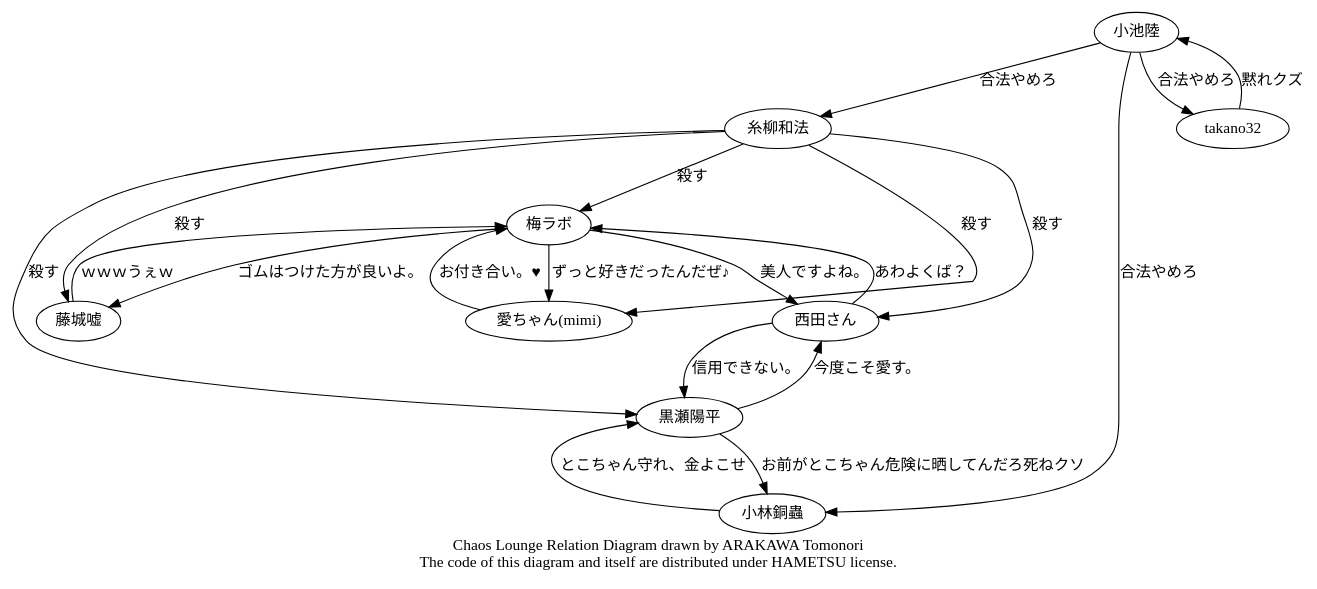
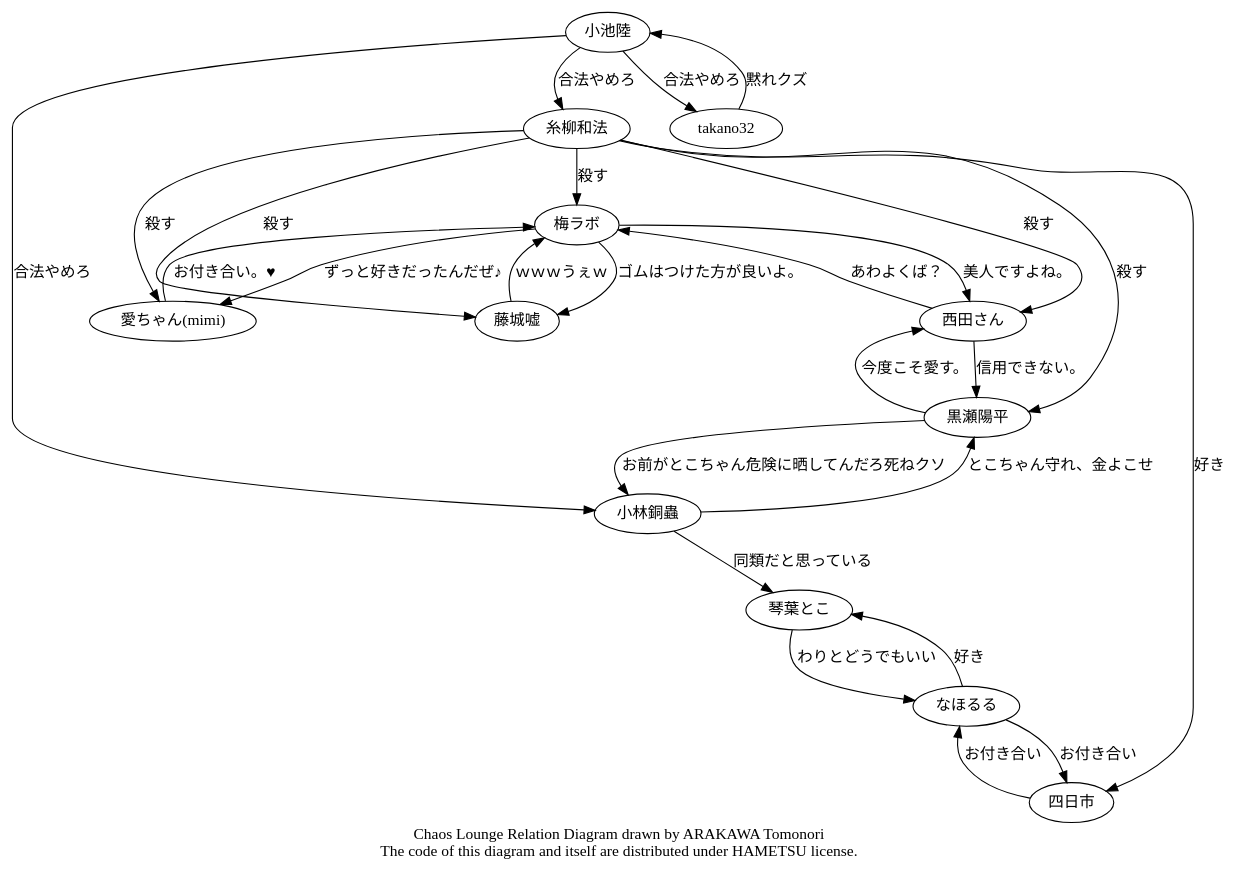
One commit to takano32/DynamicRelationGraph changed the diagram in chaos.dot. Above: the diagram before and after it, drawn with Graphviz.

```diff
--- a/chaos.dot
+++ b/chaos.dot
@@ -1,23 +1,29 @@
 digraph Chaos {
 	node [fontname="MSUIGOTHIC.ttf"];
 	梅ラボ   -> 藤城嘘   [label = "ゴムはつけた方が良いよ。"];
   梅ラボ   -> 西田さん [label = "美人ですよね。"];
   梅ラボ -> "愛ちゃん(mimi)" [label = "ずっと好きだったんだぜ♪"];
 	藤城嘘   -> 梅ラボ   [label = "ｗｗｗうぇｗ"];
 	西田さん -> 梅ラボ   [label = "あわよくば？"];
   西田さん -> 黒瀬陽平 [label = "信用できない。"];
 	黒瀬陽平 -> 西田さん [label = "今度こそ愛す。"];
 	"愛ちゃん(mimi)" -> 梅ラボ [label = "お付き合い。♥"];
   糸柳和法 -> 梅ラボ  [label = "殺す"];
 	糸柳和法 -> 藤城嘘   [label = "殺す"];
 	糸柳和法 -> 黒瀬陽平 [label = "殺す"];
 	糸柳和法 -> 西田さん [label = "殺す"];
 	糸柳和法 -> "愛ちゃん(mimi)" [label = "殺す"];
+  糸柳和法 -> 四日市 [label = "好き"];
   小池陸 -> 糸柳和法 [label = "合法やめろ"];
   小池陸 -> takano32 [label = "合法やめろ"];
   小池陸 -> 小林銅蟲 [label = "合法やめろ"];
   小林銅蟲 -> 黒瀬陽平 [label = "とこちゃん守れ、金よこせ"];
+  小林銅蟲 -> 琴葉とこ [label = "同類だと思っている"];
   黒瀬陽平 -> 小林銅蟲 [label = "お前がとこちゃん危険に晒してんだろ死ねクソ"];
   takano32 -> 小池陸 [label = "黙れクズ"];
+  なほるる -> 琴葉とこ [label = "好き"];
+  なほるる -> 四日市 [label = "お付き合い"];
+  琴葉とこ -> なほるる [label = "わりとどうでもいい"];
+  四日市 -> なほるる [label = "お付き合い"];
 	label = "Chaos Lounge Relation Diagram drawn by ARAKAWA Tomonori\nThe code of this diagram and itself are distributed under HAMETSU license.";
 }
```
